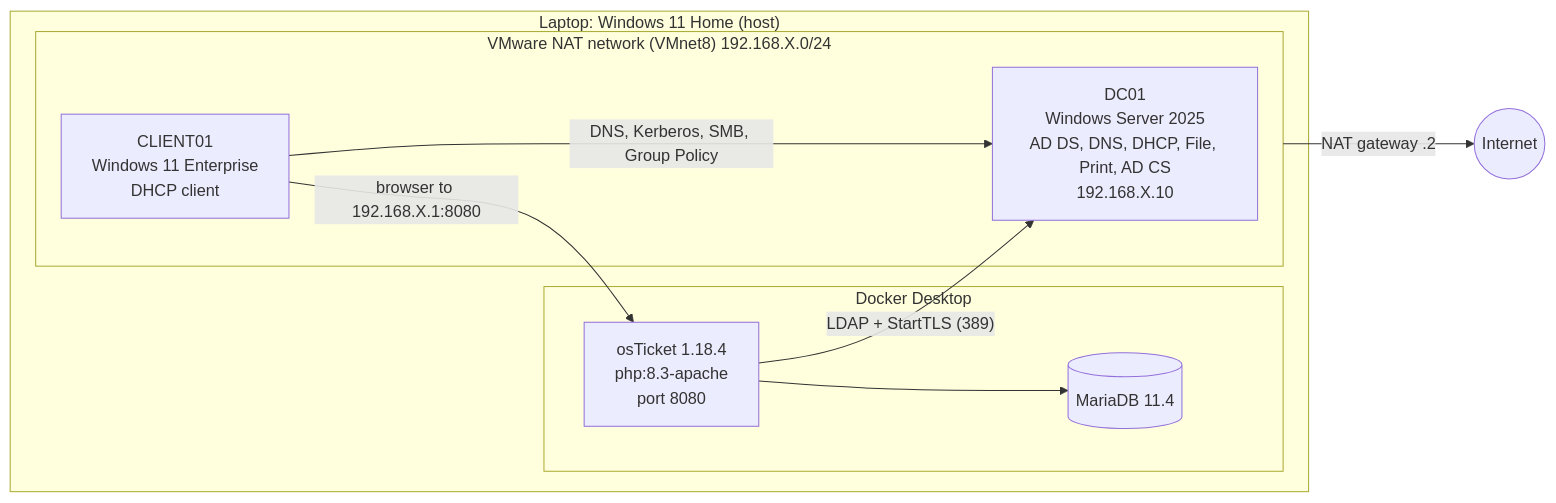
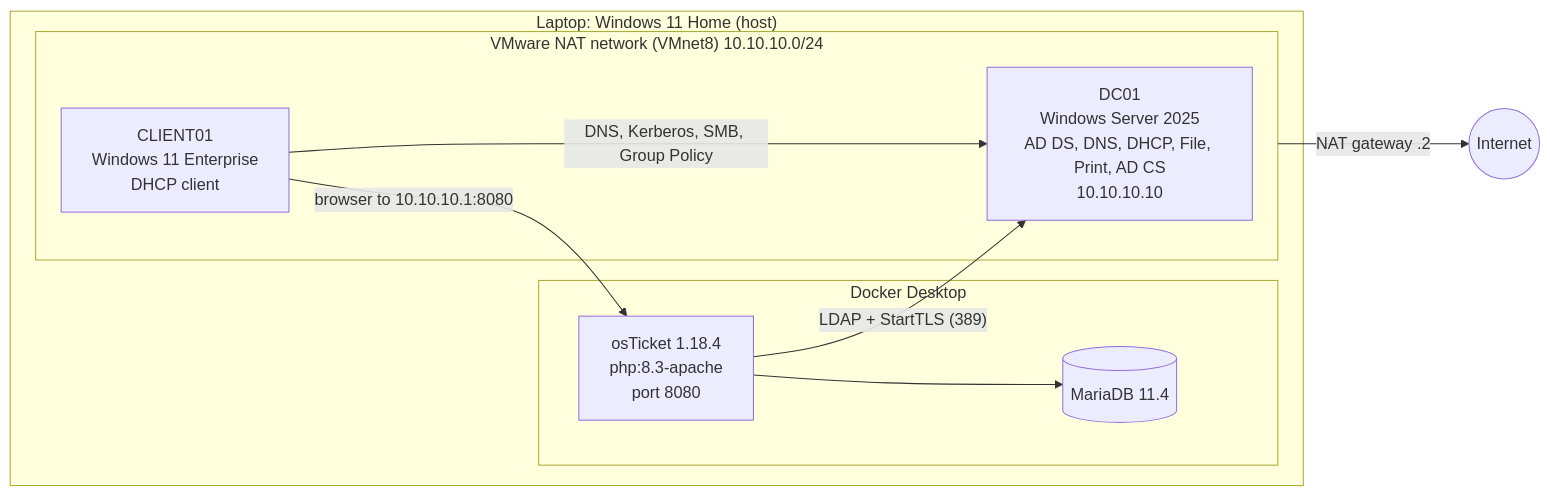
The diagram in README.md (ericmignardi/helpdesk-in-a-box), drawn with Mermaid before and after one commit. The commit also changed other lines of this file and 4 other files, not shown here.

````diff
--- a/README.md
+++ b/README.md
@@ -29,18 +29,18 @@
 ```mermaid
 flowchart LR
   subgraph HOST["Laptop: Windows 11 Home (host)"]
     subgraph DOCKER["Docker Desktop"]
       OST["osTicket 1.18.4<br/>php:8.3-apache<br/>port 8080"]
       DB[("MariaDB 11.4")]
     end
-    subgraph NAT["VMware NAT network (VMnet8) 192.168.X.0/24"]
-      DC["DC01<br/>Windows Server 2025<br/>AD DS, DNS, DHCP, File, Print, AD CS<br/>192.168.X.10"]
+    subgraph NAT["VMware NAT network (VMnet8) 10.10.10.0/24"]
+      DC["DC01<br/>Windows Server 2025<br/>AD DS, DNS, DHCP, File, Print, AD CS<br/>10.10.10.10"]
       CL["CLIENT01<br/>Windows 11 Enterprise<br/>DHCP client"]
     end
   end
-  CL -- "browser to 192.168.X.1:8080" --> OST
+  CL -- "browser to 10.10.10.1:8080" --> OST
   OST --> DB
   OST -- "LDAP + StartTLS (389)" --> DC
   CL -- "DNS, Kerberos, SMB, Group Policy" --> DC
   NAT -- "NAT gateway .2" --> NET(("Internet"))
 ```
````
